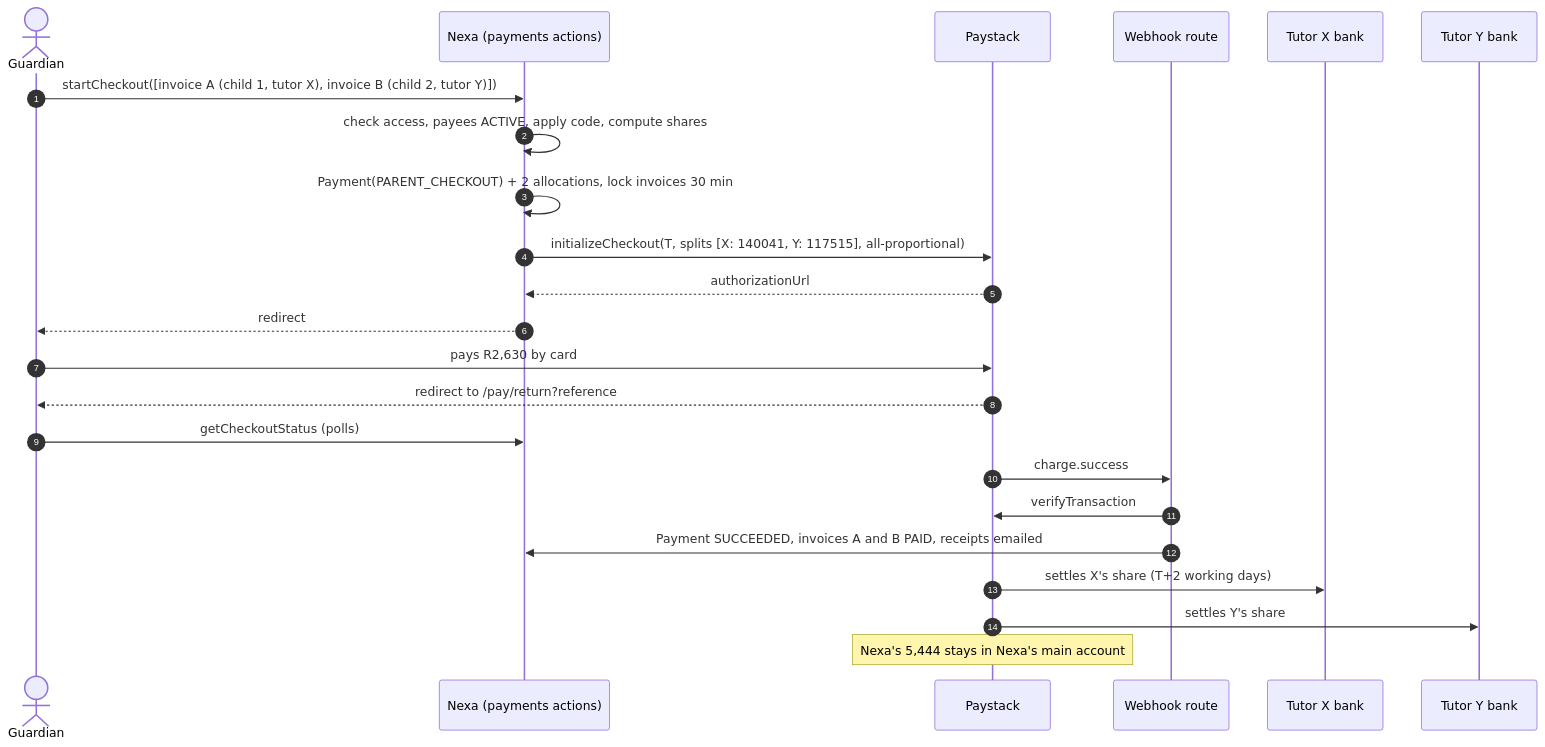
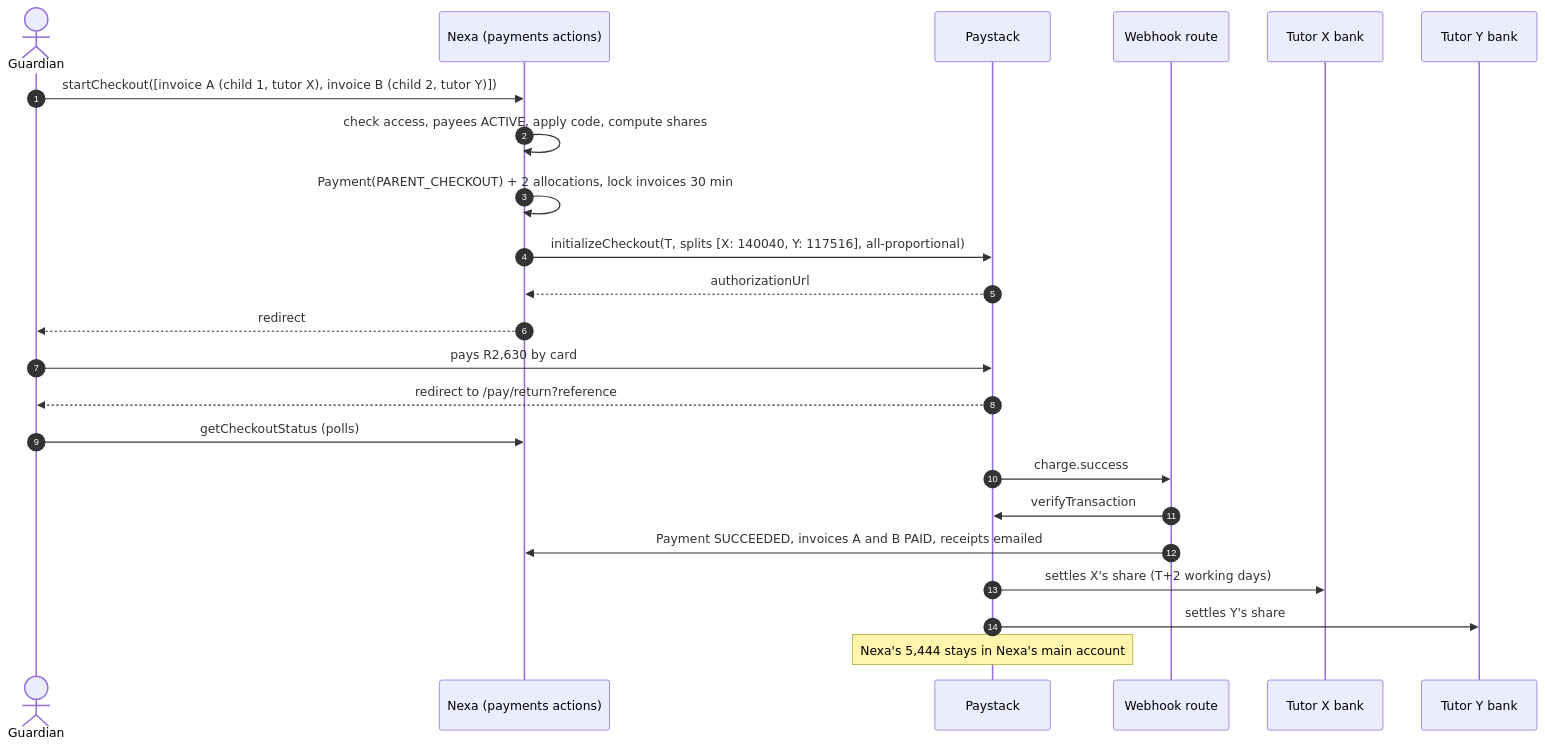
One commit to jassiel-ndlovu/grit-lms changed the second of 4 diagrams in docs/revamp/a/design/04-payments.md. Above: the diagram before and after it, drawn with Mermaid. The commit also changed other lines of this file and 9 other files, not shown here.

````diff
--- a/docs/revamp/a/design/04-payments.md
+++ b/docs/revamp/a/design/04-payments.md
@@ -162,25 +162,25 @@
 ```mermaid
 sequenceDiagram
   autonumber
   actor G as Guardian
   participant N as Nexa (payments actions)
   participant P as Paystack
   participant W as Webhook route
   participant X as Tutor X bank
   participant Y as Tutor Y bank
   G->>N: startCheckout([invoice A (child 1, tutor X), invoice B (child 2, tutor Y)])
   N->>N: check access, payees ACTIVE, apply code, compute shares
   N->>N: Payment(PARENT_CHECKOUT) + 2 allocations, lock invoices 30 min
-  N->>P: initializeCheckout(T, splits [X: 140041, Y: 117515], all-proportional)
+  N->>P: initializeCheckout(T, splits [X: 140040, Y: 117516], all-proportional)
   P-->>N: authorizationUrl
   N-->>G: redirect
   G->>P: pays R2,630 by card
   P-->>G: redirect to /pay/return?reference
   G->>N: getCheckoutStatus (polls)
   P->>W: charge.success
   W->>P: verifyTransaction
   W->>N: Payment SUCCEEDED, invoices A and B PAID, receipts emailed
   P->>X: settles X's share (T+2 working days)
   P->>Y: settles Y's share
   Note over P: Nexa's 5,444 stays in Nexa's main account
 ```
````
